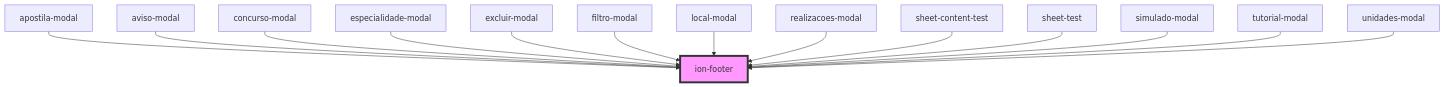
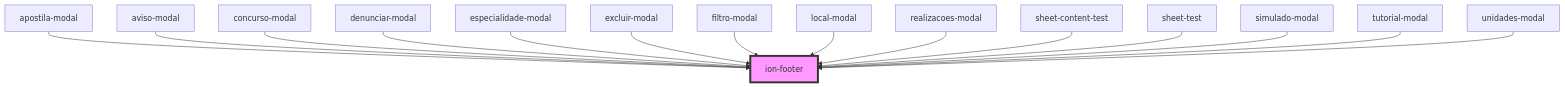
One commit to MEDGRUPOGIT/ionic-framework-1 changed the diagram in core/src/components/footer/readme.md. Above: the diagram before and after it, drawn with Mermaid. The commit also changed other lines of this file and 17 other files, not shown here.

Commit message:
migração ionic 1 modal denunciar dúvida

````diff
--- a/core/src/components/footer/readme.md
+++ b/core/src/components/footer/readme.md
@@ -149,17 +150,18 @@
 ```mermaid
 graph TD;
   apostila-modal --> ion-footer
   aviso-modal --> ion-footer
   concurso-modal --> ion-footer
+  denunciar-modal --> ion-footer
   especialidade-modal --> ion-footer
   excluir-modal --> ion-footer
   filtro-modal --> ion-footer
   local-modal --> ion-footer
   realizacoes-modal --> ion-footer
   sheet-content-test --> ion-footer
   sheet-test --> ion-footer
   simulado-modal --> ion-footer
   tutorial-modal --> ion-footer
   unidades-modal --> ion-footer
   style ion-footer fill:#f9f,stroke:#333,stroke-width:4px
 ```
````
